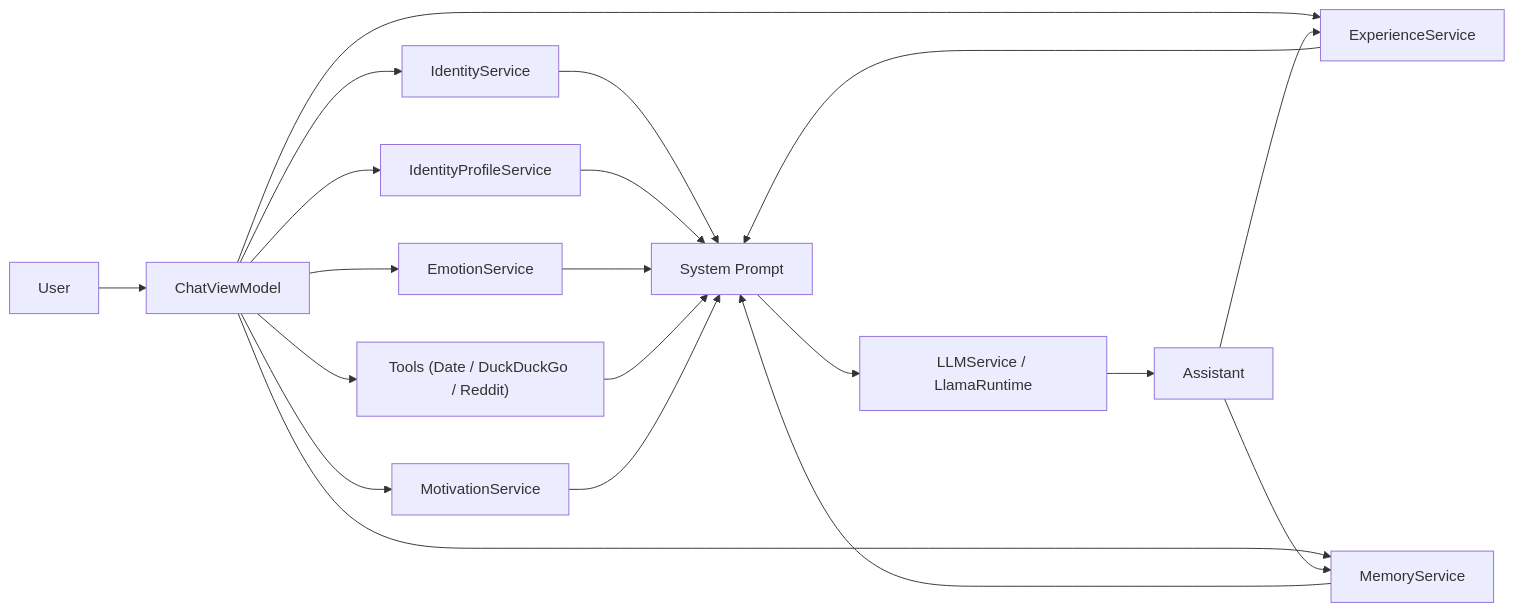
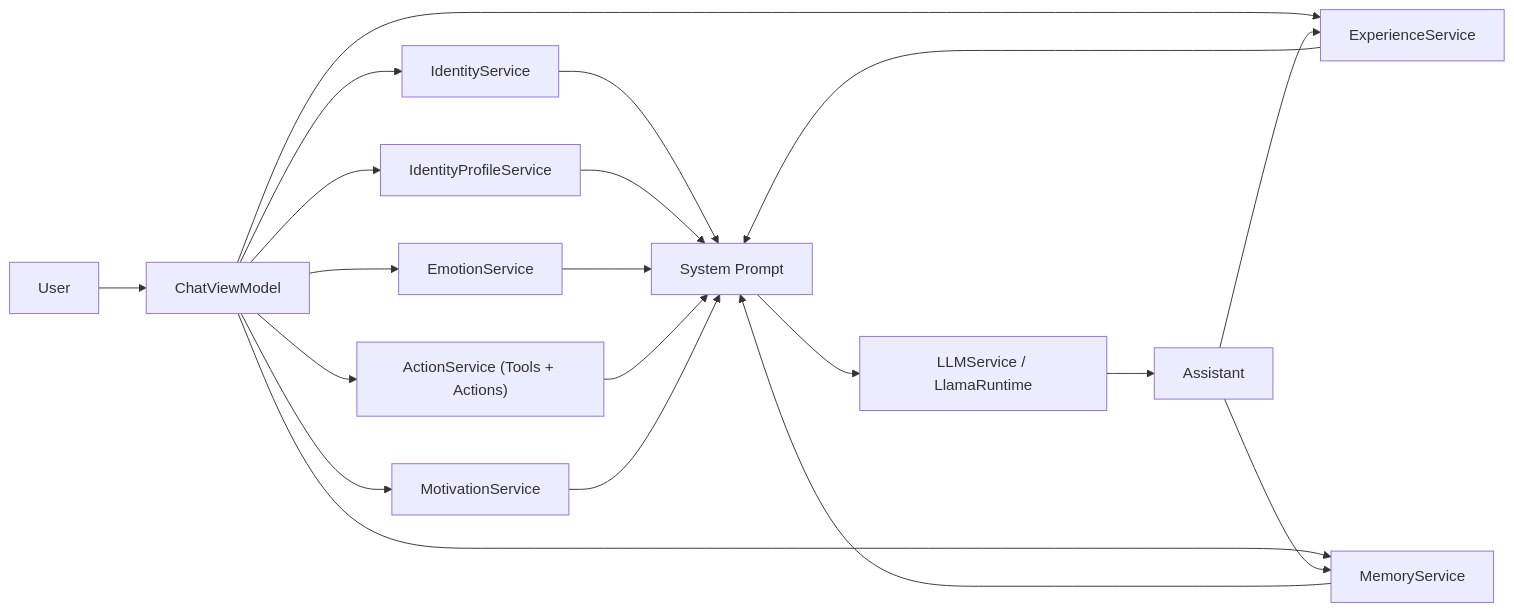
One commit to 0penAGI/VALIS changed the diagram in README.md. Above: the diagram before and after it, drawn with Mermaid. The commit also changed other lines of this file and 8 other files, not shown here.

Commit message:
Refresh docs and sync latest app architecture

````diff
--- a/README.md
+++ b/README.md
@@ -55,22 +63,22 @@
 ```mermaid
 flowchart LR
   U["User"] --> CVM["ChatViewModel"]
   CVM --> ID["IdentityService"]
   CVM --> IDP["IdentityProfileService"]
   CVM --> AFF["EmotionService"]
-  CVM --> TOOLS["Tools (Date / DuckDuckGo / Reddit)"]
+  CVM --> ACT["ActionService (Tools + Actions)"]
   CVM --> EXP["ExperienceService"]
   CVM --> MOT["MotivationService"]
   CVM --> MEM["MemoryService"]
   ID --> SYS["System Prompt"]
   IDP --> SYS
   AFF --> SYS
-  TOOLS --> SYS
+  ACT --> SYS
   EXP --> SYS
   MOT --> SYS
   MEM --> SYS
   SYS --> LLM["LLMService / LlamaRuntime"]
   LLM --> OUT["Assistant"]
   OUT --> EXP
   OUT --> MEM
 ```
````
